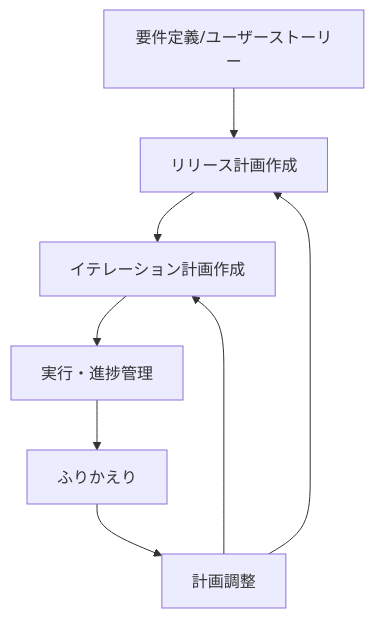
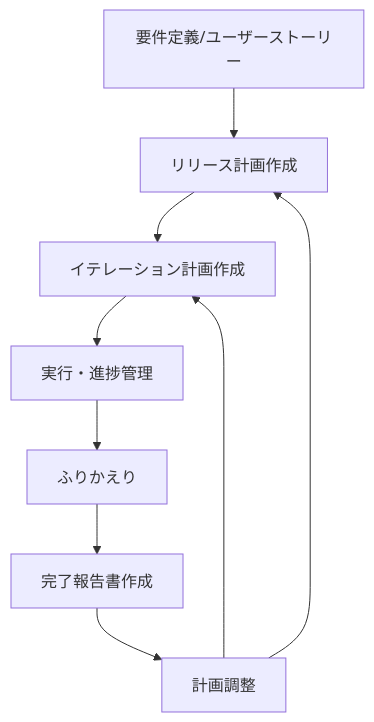
Before and after one commit to k2works/claude-code-booster: the diagram in lib/assets/.claude/commands/plan.md, drawn with Mermaid. The commit also changed other lines of this file and 1 other file, not shown here.

````diff
--- a/lib/assets/.claude/commands/plan.md
+++ b/lib/assets/.claude/commands/plan.md
@@ -222,10 +273,11 @@
 ```mermaid
 graph TD
     A[要件定義/ユーザーストーリー] --> B[リリース計画作成]
     B --> C[イテレーション計画作成]
     C --> D[実行・進捗管理]
     D --> E[ふりかえり]
-    E --> F[計画調整]
+    E --> G[完了報告書作成]
+    G --> F[計画調整]
     F --> C
     F --> B
 ```
````
